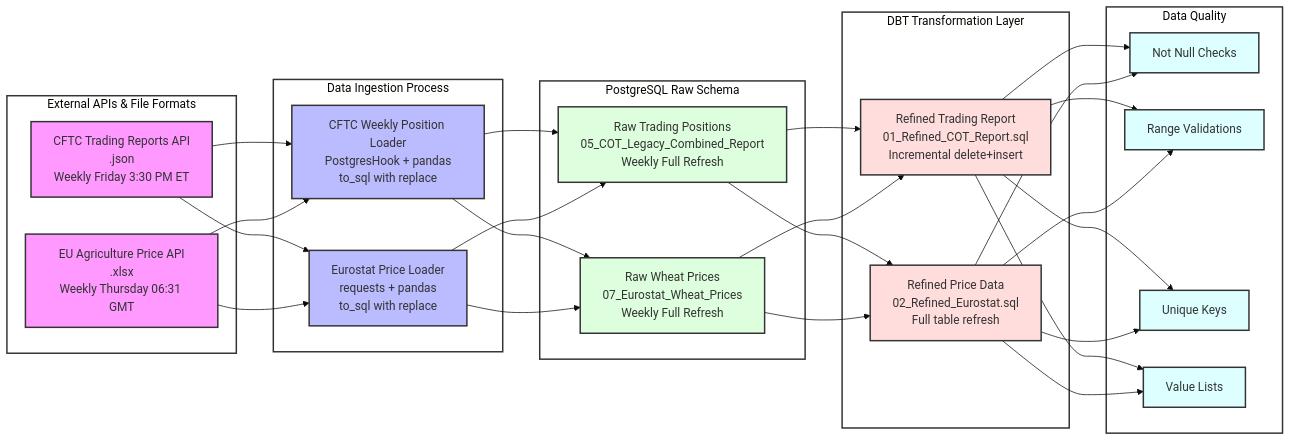
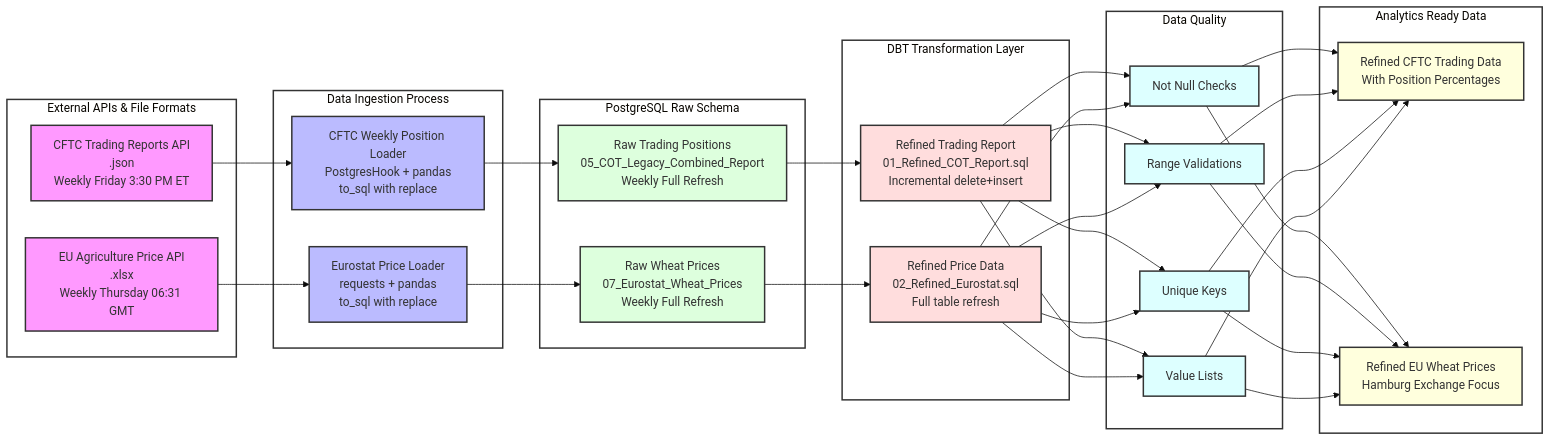
The diagram in README.md (ShubhamDalvi1999/Data-Transformation-using-DBT), drawn with Mermaid (base theme) before and after one commit.

Commit message:
readme-changes

````diff
--- a/README.md
+++ b/README.md
@@ -55,50 +55,65 @@
 ```mermaid
 graph LR
     subgraph External_APIs[External APIs & File Formats]
         A1[CFTC Trading Reports API<br/>.json<br/>Weekly Friday 3:30 PM ET]
         A2[EU Agriculture Price API<br/>.xlsx<br/>Weekly Thursday 06:31 GMT]
     end
 
     subgraph Ingestion_DAGs[Data Ingestion Process]
         B1[CFTC Weekly Position Loader<br/>PostgresHook + pandas<br/>to_sql with replace]
         B2[Eurostat Price Loader<br/>requests + pandas<br/>to_sql with replace]
     end
 
     subgraph Raw_Storage[PostgreSQL Raw Schema]
         C1[Raw Trading Positions<br/>05_COT_Legacy_Combined_Report<br/>Weekly Full Refresh]
         C2[Raw Wheat Prices<br/>07_Eurostat_Wheat_Prices<br/>Weekly Full Refresh]
     end
 
     subgraph DBT_Transformations[DBT Transformation Layer]
         D1[Refined Trading Report<br/>01_Refined_COT_Report.sql<br/>Incremental delete+insert]
         D2[Refined Price Data<br/>02_Refined_Eurostat.sql<br/>Full table refresh]
     end
 
     subgraph Quality_Checks[Data Quality]
         Q1[Not Null Checks]
         Q2[Range Validations]
         Q3[Unique Keys]
         Q4[Value Lists]
     end
 
-    A1 & A2 --> B1 & B2
-    B1 & B2 --> C1 & C2
-    C1 & C2 --> D1 & D2
-    D1 & D2 --> Q1 & Q2 & Q3 & Q4
+    subgraph Final_Result[Analytics Ready Data]
+        F1[Refined CFTC Trading Data<br/>With Position Percentages]
+        F2[Refined EU Wheat Prices<br/>Hamburg Exchange Focus]
+    end
+
+    A1 --> B1
+    A2 --> B2
+    B1 --> C1
+    B2 --> C2
+    C1 --> D1
+    C2 --> D2
+    
+    D1 --> Q1 & Q2 & Q3 & Q4
+    D2 --> Q1 & Q2 & Q3 & Q4
+    
+    Q1 & Q2 & Q3 & Q4 --> F1
+    Q1 & Q2 & Q3 & Q4 --> F2
 
     style A1 fill:#f9f,stroke:#333,stroke-width:2px
     style A2 fill:#f9f,stroke:#333,stroke-width:2px
     style B1 fill:#bbf,stroke:#333,stroke-width:2px
     style B2 fill:#bbf,stroke:#333,stroke-width:2px
     style C1 fill:#dfd,stroke:#333,stroke-width:2px
     style C2 fill:#dfd,stroke:#333,stroke-width:2px
     style D1 fill:#fdd,stroke:#333,stroke-width:2px
     style D2 fill:#fdd,stroke:#333,stroke-width:2px
     style Q1 fill:#dff,stroke:#333,stroke-width:2px
     style Q2 fill:#dff,stroke:#333,stroke-width:2px
     style Q3 fill:#dff,stroke:#333,stroke-width:2px
     style Q4 fill:#dff,stroke:#333,stroke-width:2px
+    style F1 fill:#ffd,stroke:#333,stroke-width:2px
+    style F2 fill:#ffd,stroke:#333,stroke-width:2px
 
     classDef subgraphStyle fill:#fff,stroke:#333,stroke-width:2px
-    class External_APIs,Ingestion_DAGs,Raw_Storage,DBT_Transformations,Quality_Checks subgraphStyle
+    class External_APIs,Ingestion_DAGs,Raw_Storage,DBT_Transformations,Quality_Checks,Final_Result subgraphStyle
 ```
````
